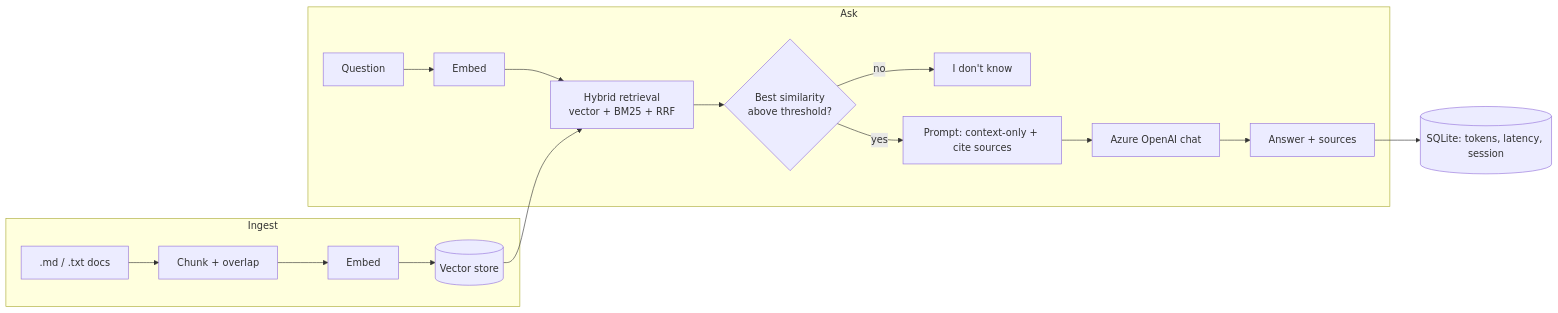
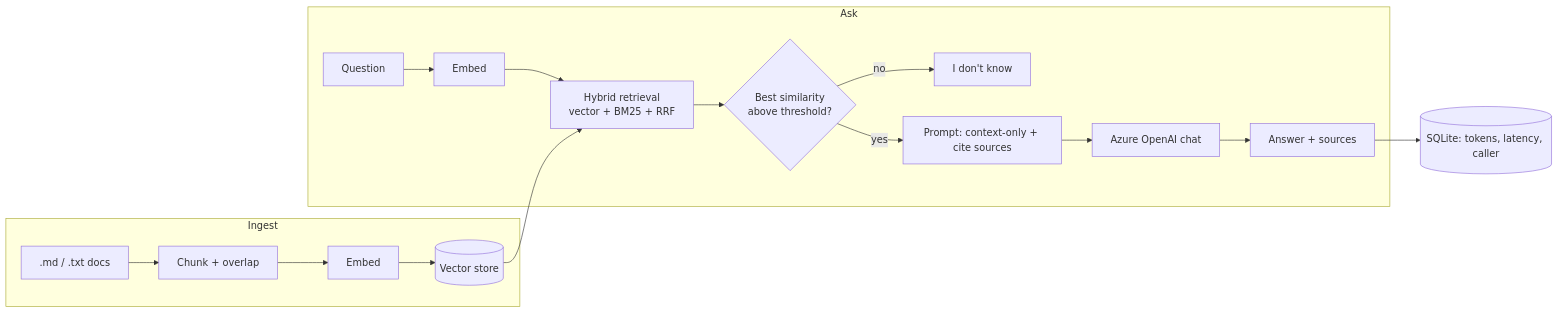
Before and after one commit to Nischalgouda/rag-with-azure-openai: the diagram in README.md, drawn with Mermaid. The commit also changed other lines of this file and 9 other files, not shown here.

````diff
--- a/README.md
+++ b/README.md
@@ -9,14 +18,14 @@
 ```mermaid
 flowchart LR
     subgraph Ingest
         D[.md / .txt docs] --> C[Chunk + overlap] --> E1[Embed] --> S[(Vector store)]
     end
     subgraph Ask
         Q[Question] --> E2[Embed] --> R[Hybrid retrieval<br/>vector + BM25 + RRF]
         S --> R
         R --> G{Best similarity<br/>above threshold?}
         G -- no --> N["I don't know"]
         G -- yes --> P[Prompt: context-only + cite sources] --> L[Azure OpenAI chat] --> A[Answer + sources]
     end
-    A --> DB[(SQLite: tokens, latency, session)]
+    A --> DB[(SQLite: tokens, latency, caller)]
 ```
````
